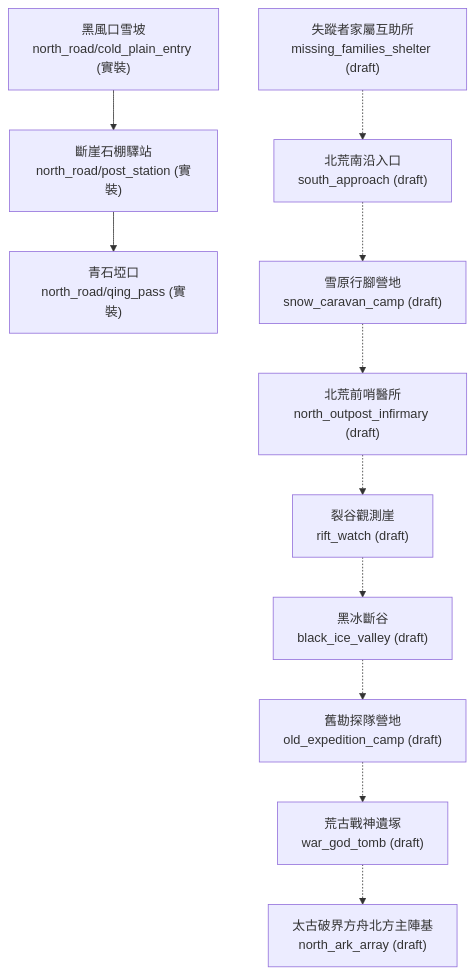
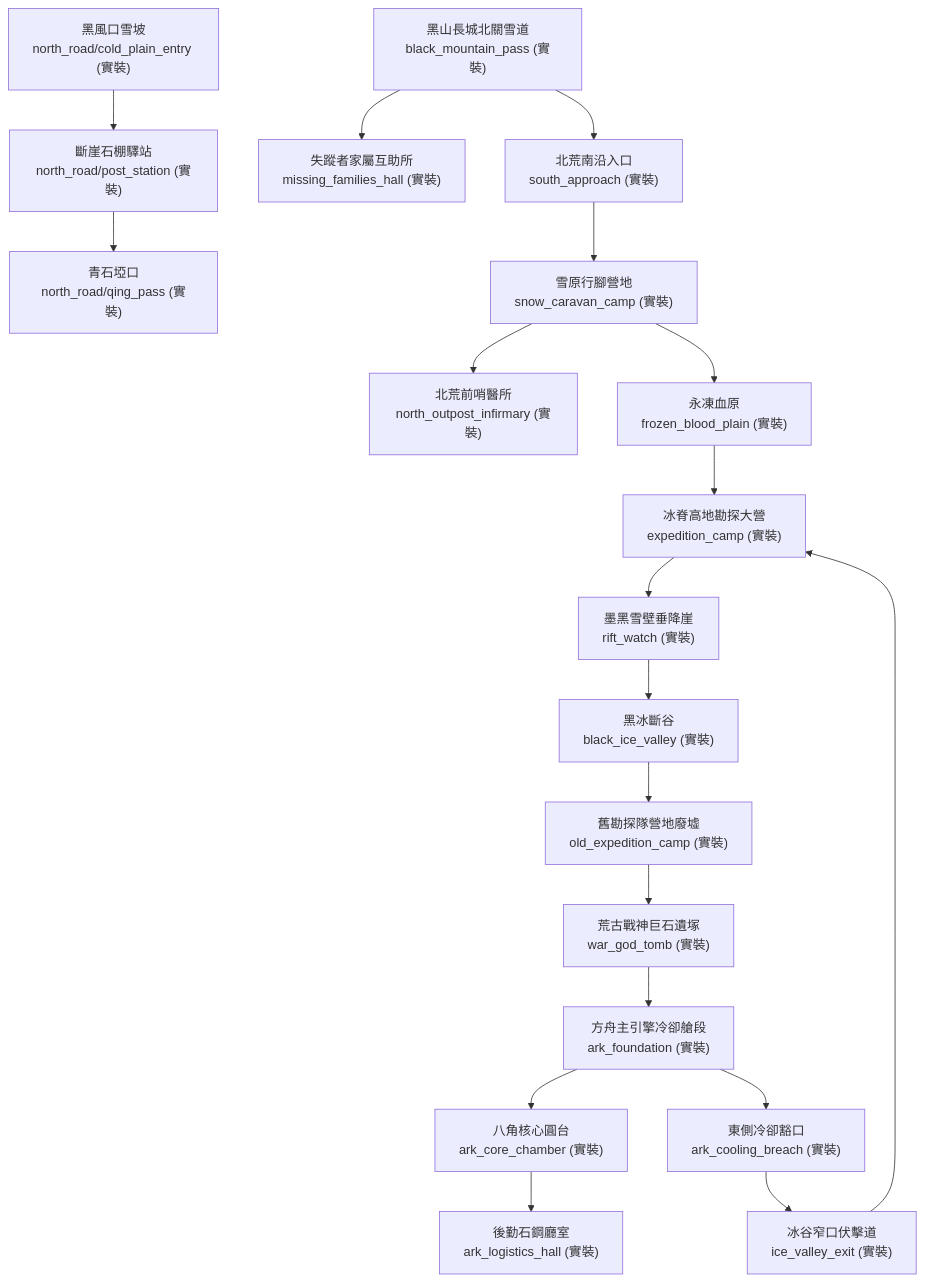
The diagram in forgotten-space/narrative/docs/maps/tier2/wastes_map.md (wade-fs/mudscript), drawn with Mermaid before and after one commit. The commit also changed other lines of this file and 33 other files, not shown here.

````diff
--- a/forgotten-space/narrative/docs/maps/tier2/wastes_map.md
+++ b/forgotten-space/narrative/docs/maps/tier2/wastes_map.md
@@ -24,25 +31,31 @@
 ```mermaid
 flowchart TD
   cold_plain_entry["黑風口雪坡<br/>north_road/cold_plain_entry (實裝)"]
   post_station["斷崖石棚驛站<br/>north_road/post_station (實裝)"]
   qing_pass["青石埡口<br/>north_road/qing_pass (實裝)"]
-  south_approach["北荒南沿入口<br/>south_approach (draft)"]
-  snow_caravan_camp["雪原行腳營地<br/>snow_caravan_camp (draft)"]
-  north_outpost_infirmary["北荒前哨醫所<br/>north_outpost_infirmary (draft)"]
-  rift_watch["裂谷觀測崖<br/>rift_watch (draft)"]
-  black_ice_valley["黑冰斷谷<br/>black_ice_valley (draft)"]
-  old_expedition_camp["舊勘探隊營地<br/>old_expedition_camp (draft)"]
-  war_god_tomb["荒古戰神遺塚<br/>war_god_tomb (draft)"]
-  north_ark_array["太古破界方舟北方主陣基<br/>north_ark_array (draft)"]
-  missing_families_shelter["失蹤者家屬互助所<br/>missing_families_shelter (draft)"]
-  cold_plain_entry --> post_station
-  post_station --> qing_pass
-  south_approach -.-> snow_caravan_camp
-  snow_caravan_camp -.-> north_outpost_infirmary
-  north_outpost_infirmary -.-> rift_watch
-  rift_watch -.-> black_ice_valley
-  black_ice_valley -.-> old_expedition_camp
-  old_expedition_camp -.-> war_god_tomb
-  war_god_tomb -.-> north_ark_array
-  missing_families_shelter -.-> south_approach
+  black_mountain_pass["黑山長城北關雪道<br/>black_mountain_pass (實裝)"]
+  missing_families_hall["失蹤者家屬互助所<br/>missing_families_hall (實裝)"]
+  south_approach["北荒南沿入口<br/>south_approach (實裝)"]
+  snow_caravan_camp["雪原行腳營地<br/>snow_caravan_camp (實裝)"]
+  north_outpost_infirmary["北荒前哨醫所<br/>north_outpost_infirmary (實裝)"]
+  frozen_blood_plain["永凍血原<br/>frozen_blood_plain (實裝)"]
+  expedition_camp["冰脊高地勘探大營<br/>expedition_camp (實裝)"]
+  rift_watch["墨黑雪壁垂降崖<br/>rift_watch (實裝)"]
+  black_ice_valley["黑冰斷谷<br/>black_ice_valley (實裝)"]
+  old_expedition_camp["舊勘探隊營地廢墟<br/>old_expedition_camp (實裝)"]
+  war_god_tomb["荒古戰神巨石遺塚<br/>war_god_tomb (實裝)"]
+  ark_foundation["方舟主引擎冷卻艙段<br/>ark_foundation (實裝)"]
+  ark_core_chamber["八角核心圓台<br/>ark_core_chamber (實裝)"]
+  ark_logistics_hall["後勤石鋼廳室<br/>ark_logistics_hall (實裝)"]
+  ark_cooling_breach["東側冷卻豁口<br/>ark_cooling_breach (實裝)"]
+  ice_valley_exit["冰谷窄口伏擊道<br/>ice_valley_exit (實裝)"]
+
+  cold_plain_entry --> post_station --> qing_pass
+  black_mountain_pass --> missing_families_hall
+  black_mountain_pass --> south_approach --> snow_caravan_camp
+  snow_caravan_camp --> north_outpost_infirmary
+  snow_caravan_camp --> frozen_blood_plain --> expedition_camp
+  expedition_camp --> rift_watch --> black_ice_valley --> old_expedition_camp --> war_god_tomb --> ark_foundation
+  ark_foundation --> ark_core_chamber --> ark_logistics_hall
+  ark_foundation --> ark_cooling_breach --> ice_valley_exit --> expedition_camp
 ```
````
